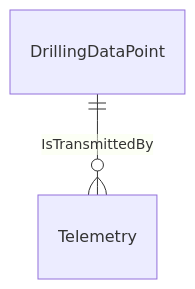
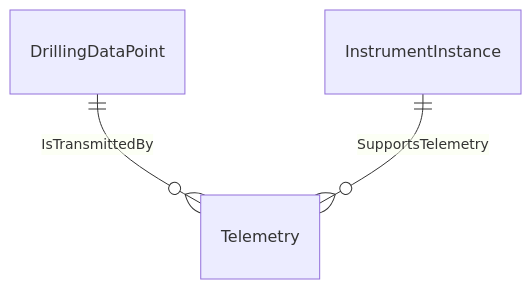
Before and after one commit to D-WIS/DDHub-Semantic-Interoperability: diagram 13 of 15 in docs/vocabulary_development/auto-generated/md/definition-files/DataTransmission.md, drawn with Mermaid. The commit also changed other lines of this file and 32 other files, not shown here.

````diff
--- a/docs/vocabulary_development/auto-generated/md/definition-files/DataTransmission.md
+++ b/docs/vocabulary_development/auto-generated/md/definition-files/DataTransmission.md
@@ -384,4 +385,5 @@
 ```mermaid
 erDiagram
 DrillingDataPoint ||--o{ Telemetry : IsTransmittedBy
+InstrumentInstance ||--o{ Telemetry : SupportsTelemetry
 ```
````
